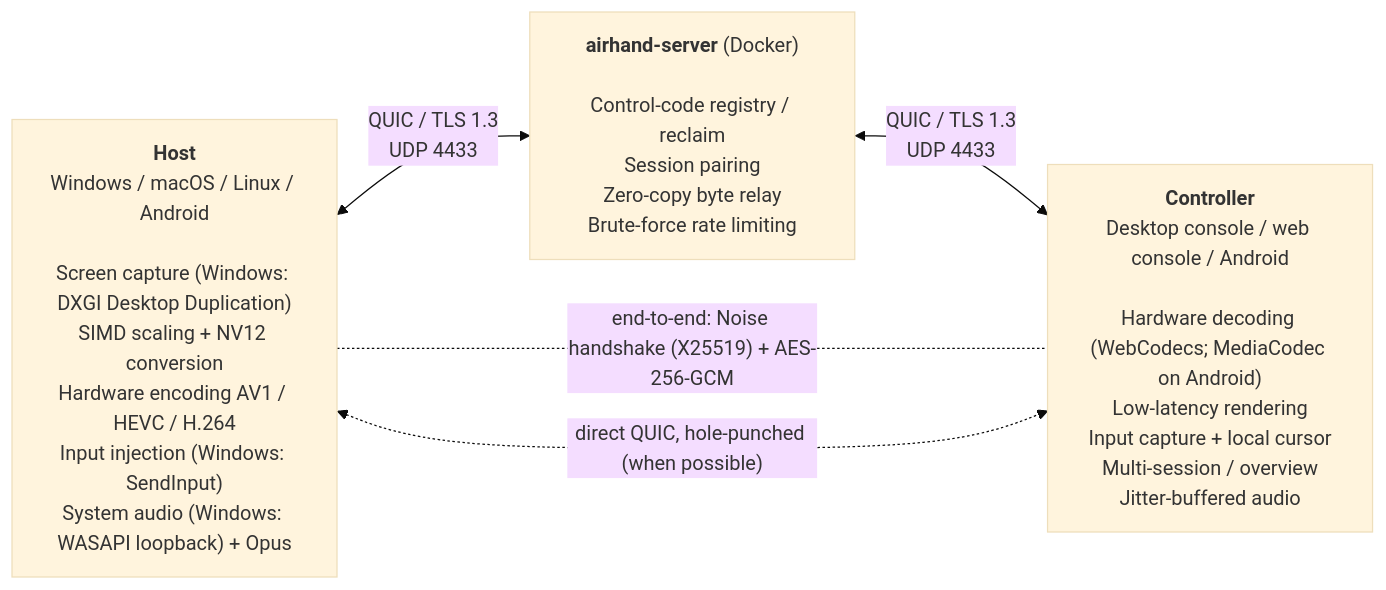
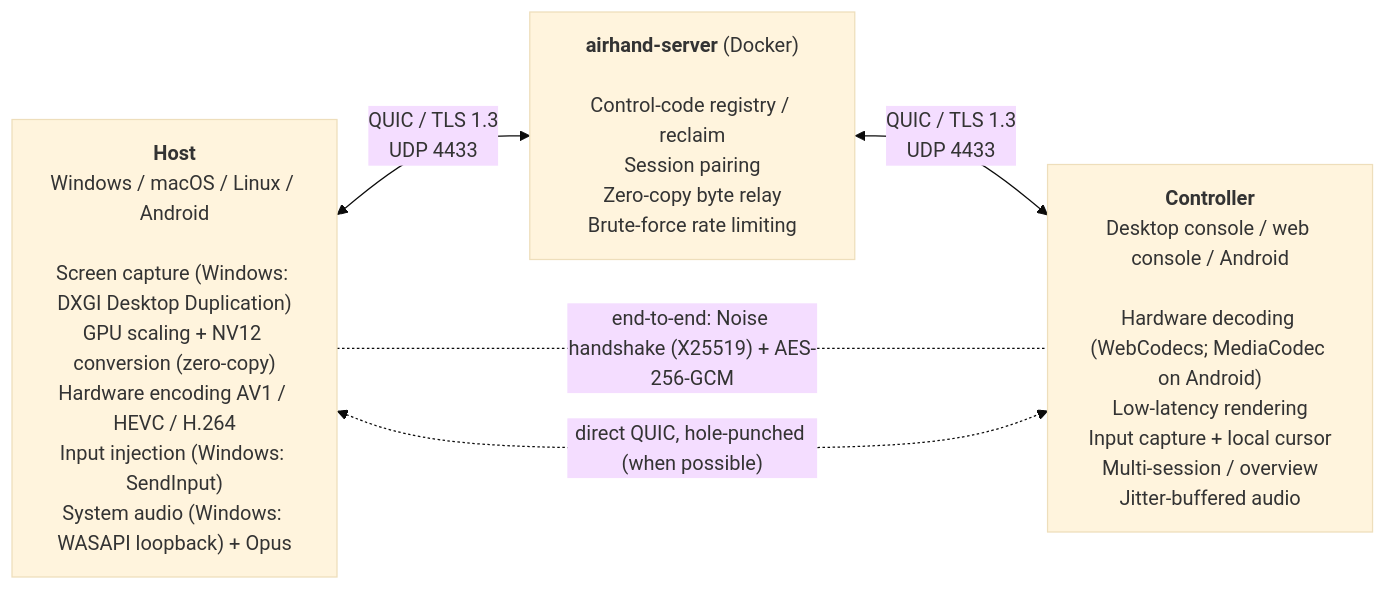
One commit to sqlpxc/airhand changed the diagram in docs/architecture.md. Above: the diagram before and after it, drawn with Mermaid (base theme). The commit also changed other lines of this file and 41 other files, not shown here.

````diff
--- a/docs/architecture.md
+++ b/docs/architecture.md
@@ -7,10 +7,10 @@
 ```mermaid
 flowchart LR
-    host["<b>Host</b><br>Windows / macOS / Linux / Android<br><br>Screen capture (Windows: DXGI Desktop Duplication)<br>SIMD scaling + NV12 conversion<br>Hardware encoding AV1 / HEVC / H.264<br>Input injection (Windows: SendInput)<br>System audio (Windows: WASAPI loopback) + Opus"]
+    host["<b>Host</b><br>Windows / macOS / Linux / Android<br><br>Screen capture (Windows: DXGI Desktop Duplication)<br>GPU scaling + NV12 conversion (zero-copy)<br>Hardware encoding AV1 / HEVC / H.264<br>Input injection (Windows: SendInput)<br>System audio (Windows: WASAPI loopback) + Opus"]
     relay["<b>airhand-server</b> (Docker)<br><br>Control-code registry / reclaim<br>Session pairing<br>Zero-copy byte relay<br>Brute-force rate limiting"]
     ctrl["<b>Controller</b><br>Desktop console / web console / Android<br><br>Hardware decoding (WebCodecs; MediaCodec on Android)<br>Low-latency rendering<br>Input capture + local cursor<br>Multi-session / overview<br>Jitter-buffered audio"]
     host <-->|"QUIC / TLS 1.3<br>UDP 4433"| relay
     relay <-->|"QUIC / TLS 1.3<br>UDP 4433"| ctrl
     host -. "end-to-end: Noise handshake (X25519) + AES-256-GCM" .- ctrl
     host <-. "direct QUIC, hole-punched (when possible)" .-> ctrl
 ```
````
